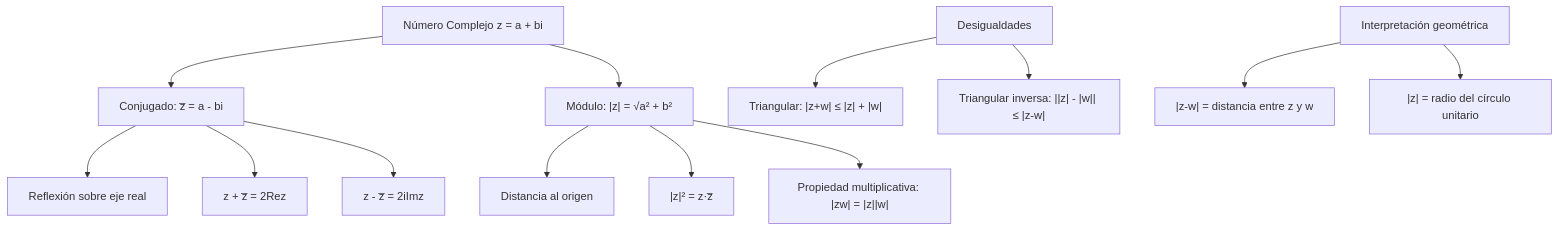
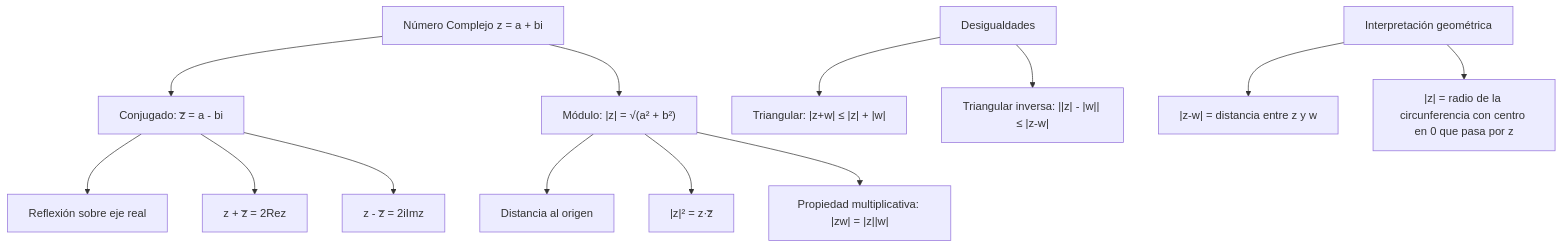
The diagram in public/documents/semester-2/1/2132.md (djaimej/computer-science-template), drawn with Mermaid before and after one commit. The commit also changed other lines of this file and 21 other files, not shown here.

````diff
--- a/public/documents/semester-2/1/2132.md
+++ b/public/documents/semester-2/1/2132.md
@@ -140,23 +144,23 @@
 ```mermaid
 graph TD
     A["Número Complejo z = a + bi"] --> B[Conjugado: z̅ = a - bi]
-    A --> C["Módulo: |z| = √a² + b²"]
+    A --> C["Módulo: |z| = √(a² + b²)"]
 
     B --> D[Reflexión sobre eje real]
     B --> E[z + z̅ = 2Rez]
     B --> F[z - z̅ = 2iImz]
 
     C --> G[Distancia al origen]
     C --> H["|z|² = z·z̅"]
     C --> I["Propiedad multiplicativa: |zw| = |z||w|"]
 
     J[Desigualdades] --> K["Triangular: |z+w| ≤ |z| + |w|"]
     J --> L["Triangular inversa: ||z| - |w|| ≤ |z-w|"]
 
     M["Interpretación geométrica"] --> N["|z-w| = distancia entre z y w"]
-    M --> O["|z| = radio del círculo unitario"]
+    M --> O["|z| = radio de la circunferencia con centro en 0 que pasa por z"]
 
     A:::green
     B:::blue
     C:::red
 ```
````
